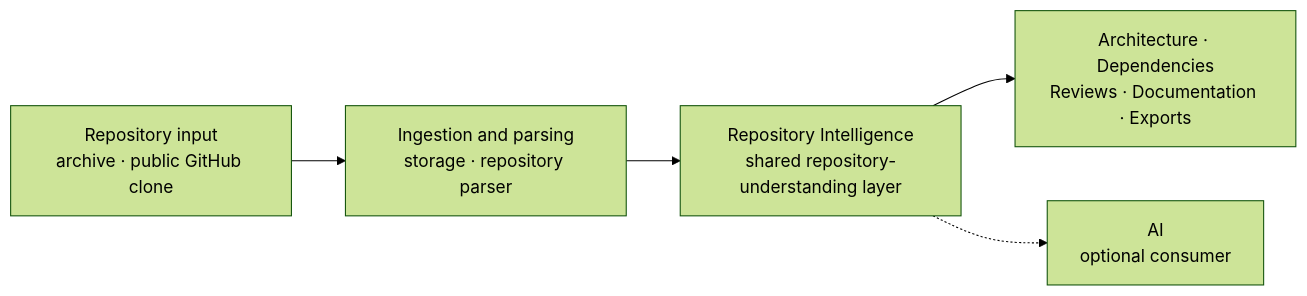
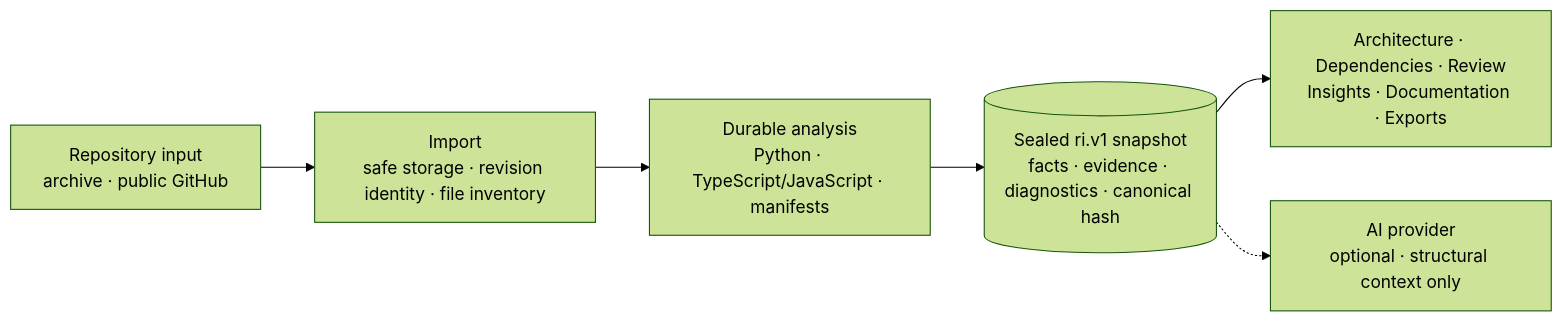
The diagram in README.md (Second-Origin/PARTHA), drawn with Mermaid (forest theme) before and after one commit. The commit also changed other lines of this file and 1 other file, not shown here.

Commit message:
docs(readme): clarify product value and workflow

````diff
--- a/README.md
+++ b/README.md
@@ -98,11 +89,12 @@
 ```mermaid
 flowchart LR
-    Input["Repository input<br/>archive · public GitHub clone"]
-    Ingest["Ingestion and parsing<br/>storage · repository parser"]
-    RI["Repository Intelligence<br/>shared repository-understanding layer"]
-    Consumers["Architecture · Dependencies<br/>Reviews · Documentation · Exports"]
-    AI["AI<br/>optional consumer"]
+    Input["Repository input<br/>archive · public GitHub"]
+    Import["Import<br/>safe storage · revision identity · file inventory"]
+    Analyse["Durable analysis<br/>Python · TypeScript/JavaScript · manifests"]
+    RI[("Sealed ri.v1 snapshot<br/>facts · evidence · diagnostics · canonical hash")]
+    Product["Architecture · Dependencies · Review<br/>Insights · Documentation · Exports"]
+    AI["AI provider<br/>optional · structural context only"]
 
-    Input --> Ingest --> RI --> Consumers
+    Input --> Import --> Analyse --> RI --> Product
     RI -.-> AI
 ```
````
